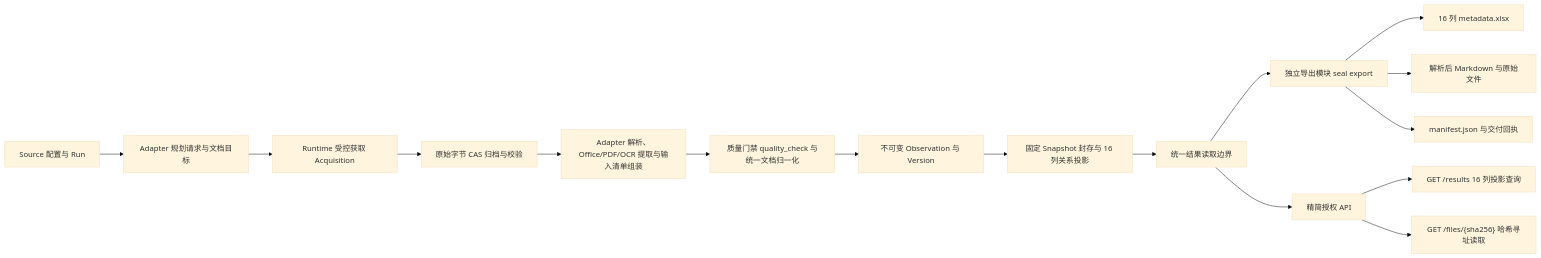
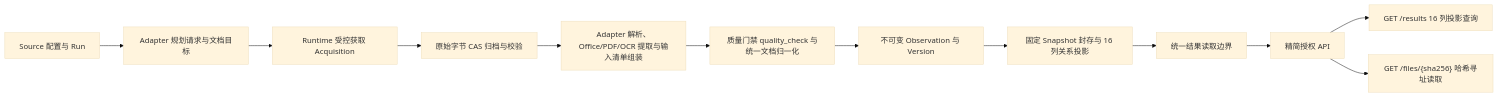
Before and after one commit to nanzhi84/SEAL: the diagram in docs/plans/source-adapters-delivery.md, drawn with Mermaid (base theme). The commit also changed other lines of this file and 86 other files, not shown here.

````diff
--- a/docs/plans/source-adapters-delivery.md
+++ b/docs/plans/source-adapters-delivery.md
@@ -22,18 +21,14 @@
 ```mermaid
 flowchart LR
   A[Source 配置与 Run] --> B[Adapter 规划请求与文档目标]
   B --> C[Runtime 受控获取 Acquisition]
   C --> D[原始字节 CAS 归档与校验]
   D --> E[Adapter 解析、Office/PDF/OCR 提取与输入清单组装]
   E --> F[质量门禁 quality_check 与统一文档归一化]
   F --> G[不可变 Observation 与 Version]
   G --> H[固定 Snapshot 封存与 16 列关系投影]
   H --> I[统一结果读取边界]
-  I --> J[独立导出模块 seal export]
   I --> K[精简授权 API]
-  J --> L[16 列 metadata.xlsx]
-  J --> M[解析后 Markdown 与原始文件]
-  J --> N[manifest.json 与交付回执]
   K --> O[GET /results 16 列投影查询]
   K --> P["GET /files/{sha256} 哈希寻址读取"]
 ```
````
